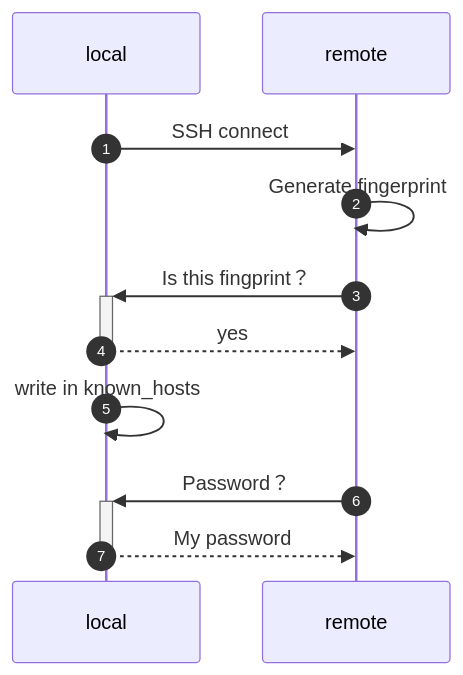
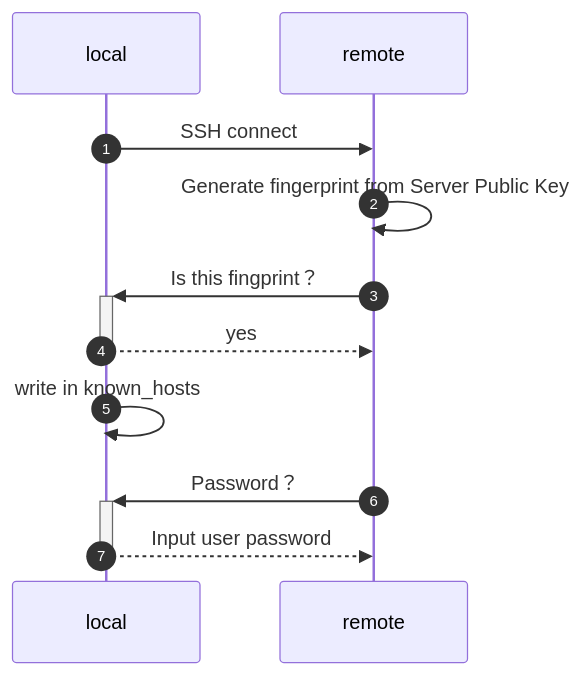
One commit to caliburn1994/caliburn1994.github.io changed the diagram in Security/Authentication/SSH/01. SSH介绍.md. Above: the diagram before and after it, drawn with Mermaid. The commit also changed 3 other files, not shown here.

````diff
--- a/Security/Authentication/SSH/01. SSH介绍.md
+++ b/Security/Authentication/SSH/01. SSH介绍.md
@@ -101,11 +101,11 @@
 ```mermaid
 sequenceDiagram
 autonumber
     local->>remote: SSH connect
- 	remote->>remote: Generate fingerprint
+ 	remote->>remote: Generate fingerprint from Server Public Key
     remote->>+local:  Is this fingprint？
     local-->>-remote: yes
     local->>local: write in known_hosts
     remote->>+local:  Password？
-    local-->>-remote:  My password
+    local-->>-remote:  Input user password
 ```
````
